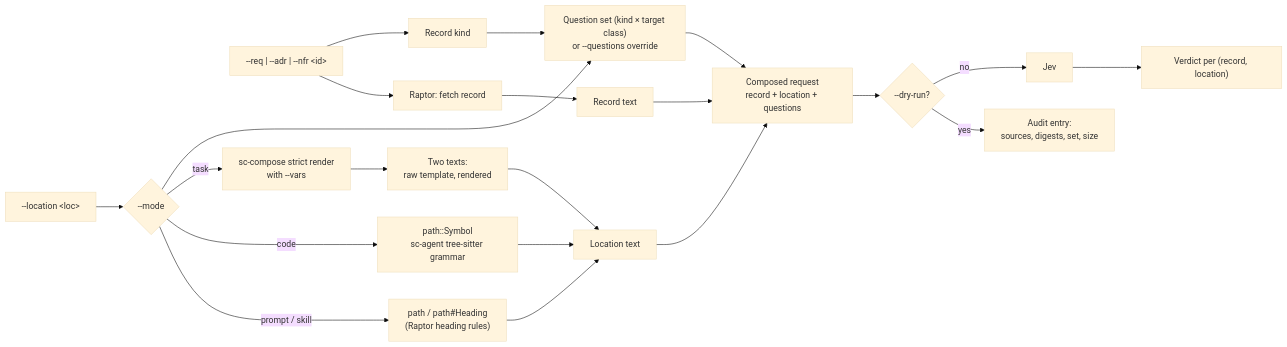
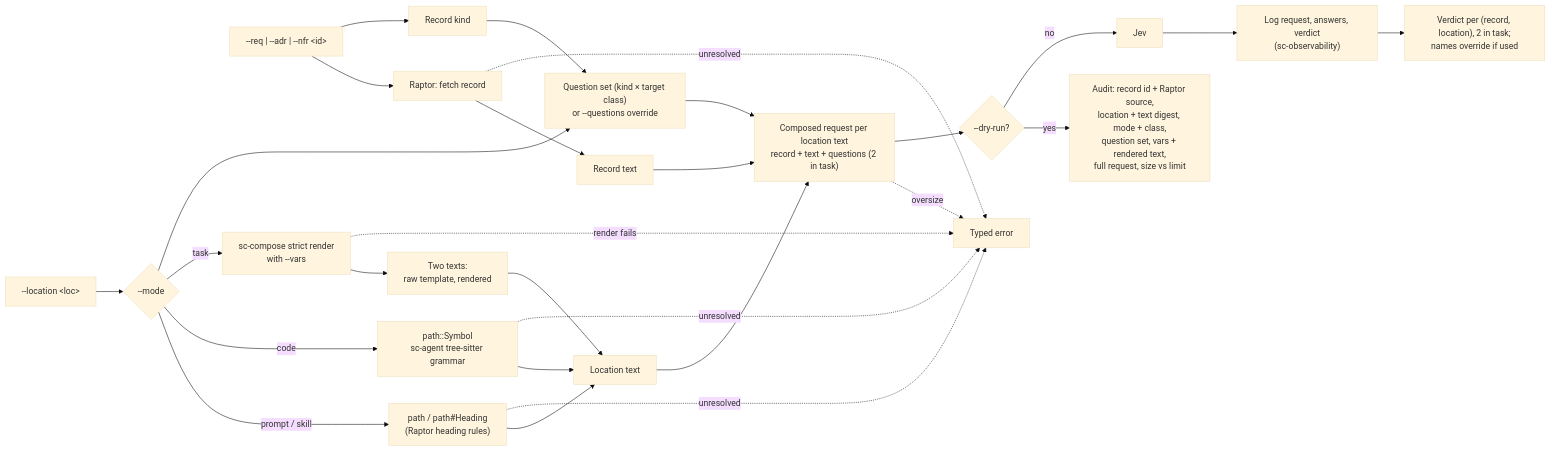
One commit to randlee/judge-jev changed the diagram in docs/diagrams/check.md. Above: the diagram before and after it, drawn with Mermaid (base theme). The commit also changed other lines of this file and 5 other files, not shown here.

Commit message:
docs: fix QA consistency findings across records, README and diagrams

````diff
--- a/docs/diagrams/check.md
+++ b/docs/diagrams/check.md
@@ -3,17 +3,23 @@
 ```mermaid
 flowchart LR
     ID["--req | --adr | --nfr &lt;id&gt;"] --> R[Raptor: fetch record] --> RT[Record text]
     ID --> K[Record kind]
     LOC["--location &lt;loc&gt;"] --> M{"--mode"}
     M -- "prompt / skill" --> MD["path / path#Heading<br/>(Raptor heading rules)"] --> LT[Location text]
     M -- code --> TS["path::Symbol<br/>sc-agent tree-sitter grammar"] --> LT
     M -- task --> SC["sc-compose strict render<br/>with --vars"] --> TT["Two texts:<br/>raw template, rendered"] --> LT
     K --> QS["Question set (kind × target class)<br/>or --questions override"]
     M --> QS
-    RT --> P["Composed request<br/>record + location + questions"]
+    RT --> P["Composed request per location text<br/>record + text + questions (2 in task)"]
     LT --> P
     QS --> P
+    R -. unresolved .-> E["Typed error"]
+    MD -. unresolved .-> E
+    TS -. unresolved .-> E
+    SC -. render fails .-> E
+    P -. oversize .-> E
     P --> DR{"--dry-run?"}
-    DR -- yes --> AU["Audit entry:<br/>sources, digests, set, size"]
-    DR -- no --> J[Jev] --> V["Verdict per (record, location)"]
+    DR -- yes --> AU["Audit: record id + Raptor source,<br/>location + text digest, mode + class,<br/>question set, vars + rendered text,<br/>full request, size vs limit"]
+    DR -- no --> J[Jev] --> L["Log request, answers, verdict<br/>(sc-observability)"]
+    L --> V["Verdict per (record, location), 2 in task;<br/>names override if used"]
 ```
````
